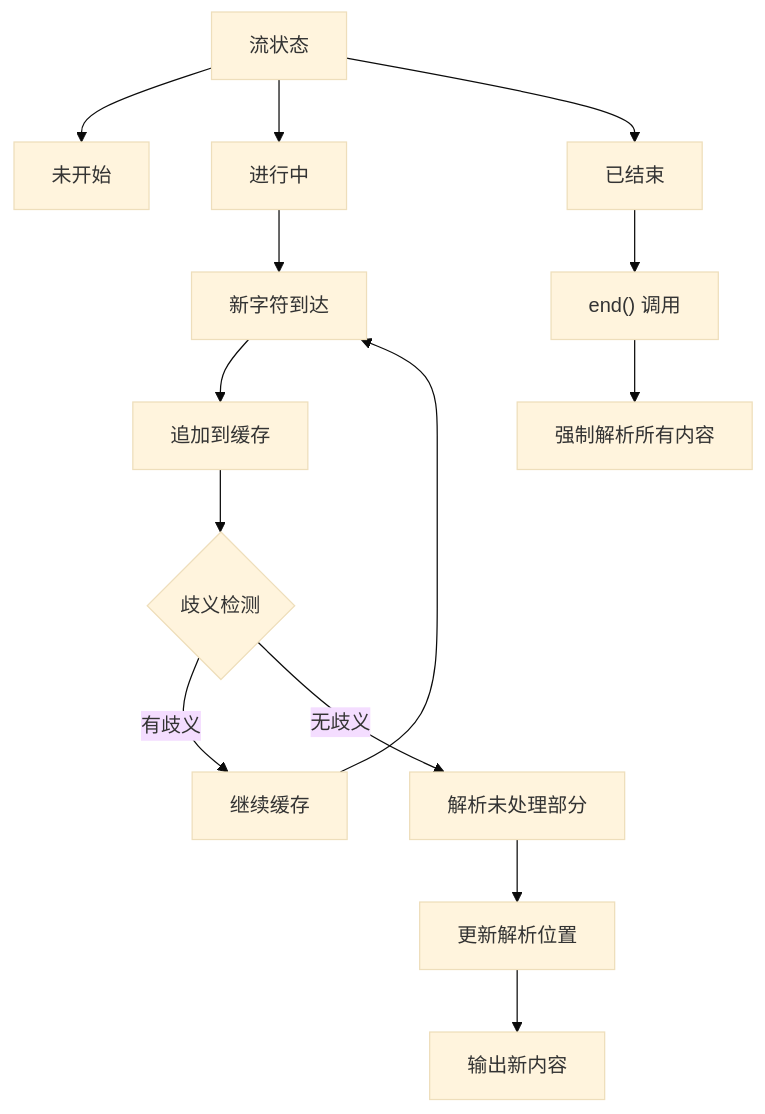
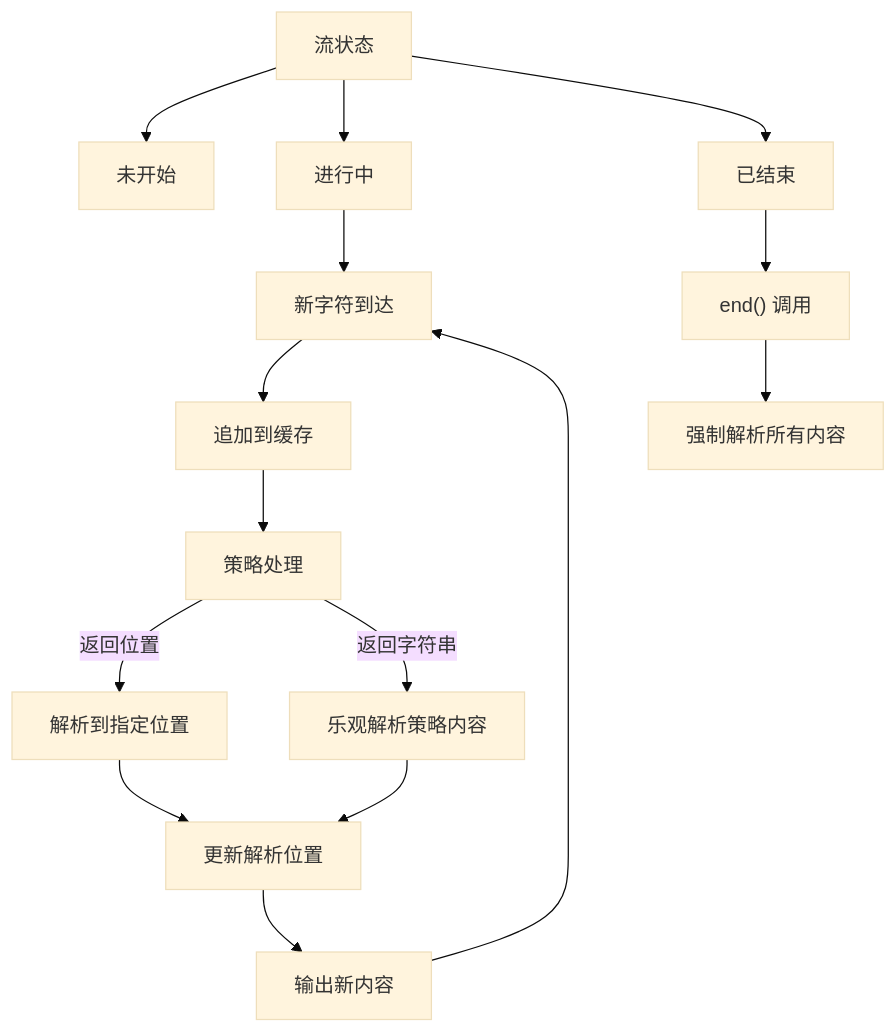
Before and after one commit to yarnovo/markdown-river: the third of 10 diagrams in ARCHITECTURE.md, drawn with Mermaid (base theme). The commit also changed other lines of this file and 5 other files, not shown here.

````diff
--- a/ARCHITECTURE.md
+++ b/ARCHITECTURE.md
@@ -199,20 +216,21 @@
 ```mermaid
 graph TB
     A[流状态] --> B[未开始]
     A --> C[进行中]
     A --> D[已结束]
 
     C --> E[新字符到达]
     E --> F[追加到缓存]
-    F --> G{歧义检测}
+    F --> G[策略处理]
 
-    G -->|有歧义| H[继续缓存]
-    G -->|无歧义| I[解析未处理部分]
+    G -->|返回位置| H[解析到指定位置]
+    G -->|返回字符串| I[乐观解析策略内容]
 
-    H --> E
-    I --> J[更新解析位置]
+    H --> J[更新解析位置]
+    I --> J
     J --> K[输出新内容]
+    K --> E
 
     D --> L["end() 调用"]
     L --> M[强制解析所有内容]
 ```
````
